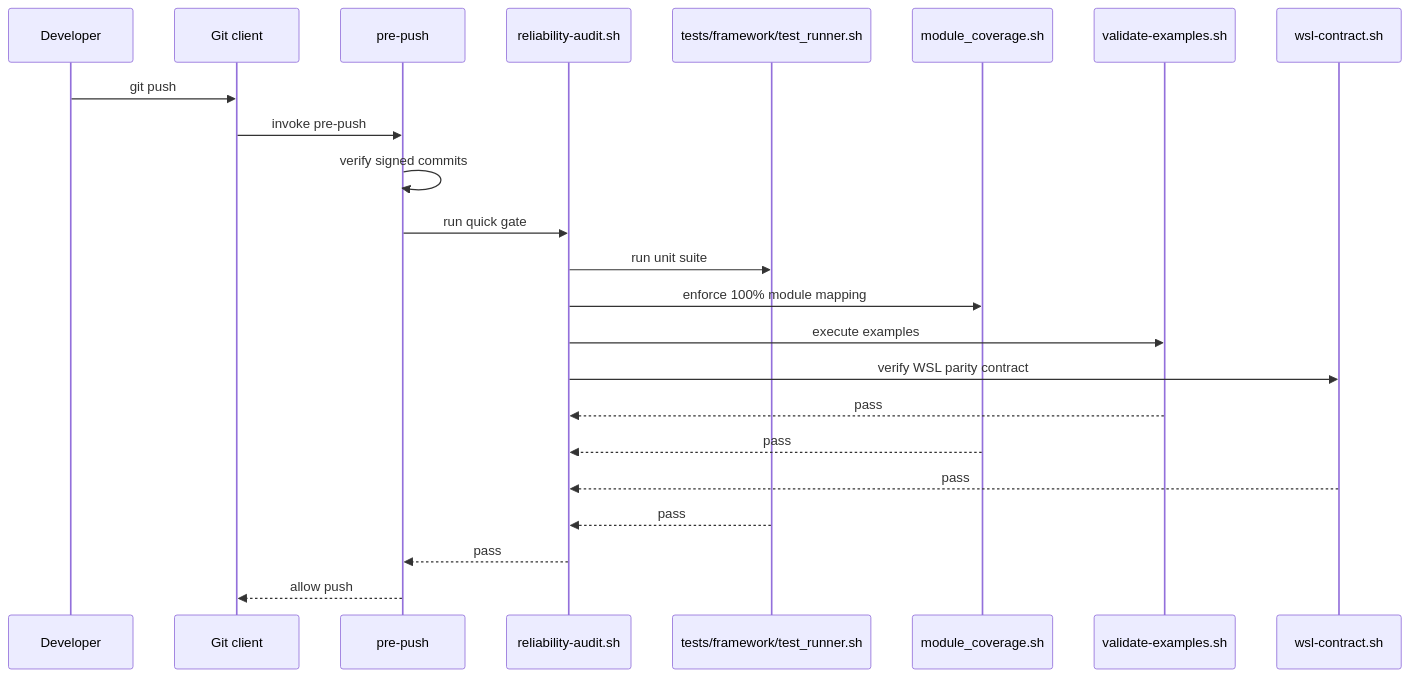
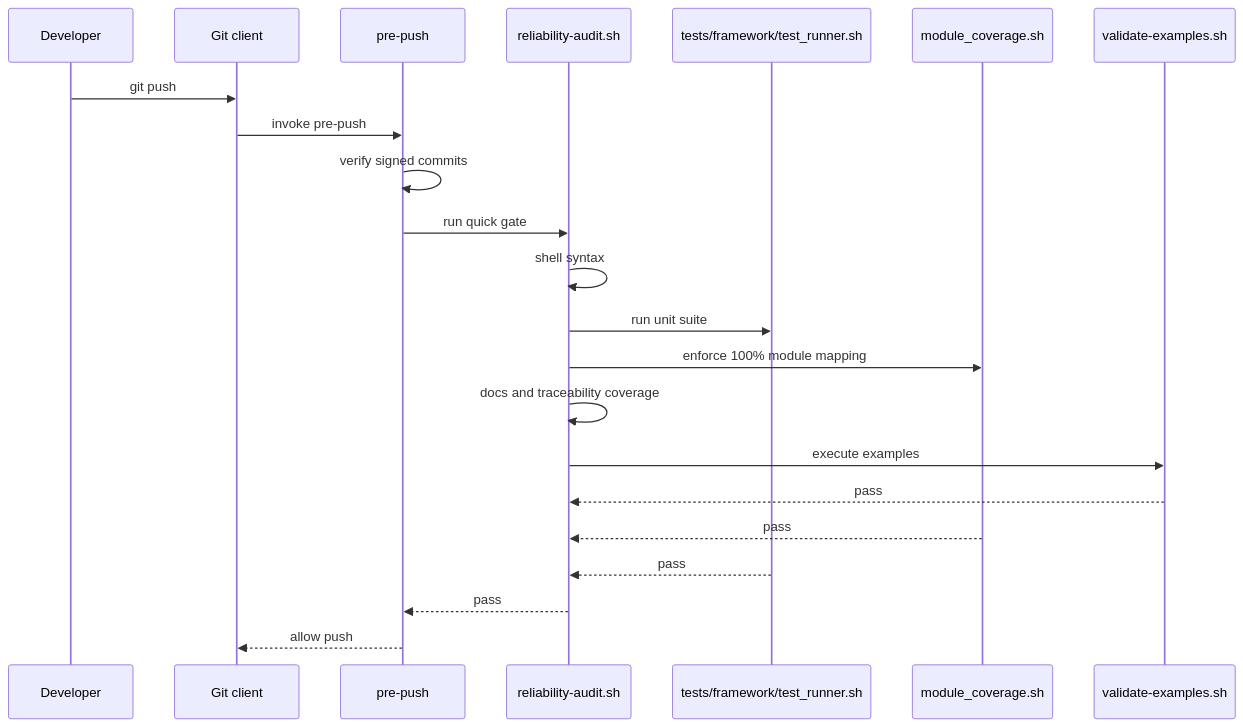
Before and after one commit to sebastienrousseau/dotfiles: the second of 2 diagrams in docs/operations/RELIABILITY.md, drawn with Mermaid. The commit also changed other lines of this file and 236 other files, not shown here.

````diff
--- a/docs/operations/RELIABILITY.md
+++ b/docs/operations/RELIABILITY.md
@@ -39,26 +49,25 @@
 ```mermaid
 sequenceDiagram
   participant Dev as Developer
   participant Git as Git client
   participant Hook as pre-push
   participant Audit as reliability-audit.sh
   participant Suite as tests/framework/test_runner.sh
   participant Cov as module_coverage.sh
   participant Ex as validate-examples.sh
-  participant WSL as wsl-contract.sh
 
   Dev->>Git: git push
   Git->>Hook: invoke pre-push
   Hook->>Hook: verify signed commits
   Hook->>Audit: run quick gate
+  Audit->>Audit: shell syntax
   Audit->>Suite: run unit suite
   Audit->>Cov: enforce 100% module mapping
+  Audit->>Audit: docs and traceability coverage
   Audit->>Ex: execute examples
-  Audit->>WSL: verify WSL parity contract
   Ex-->>Audit: pass
   Cov-->>Audit: pass
-  WSL-->>Audit: pass
   Suite-->>Audit: pass
   Audit-->>Hook: pass
   Hook-->>Git: allow push
 ```
````
